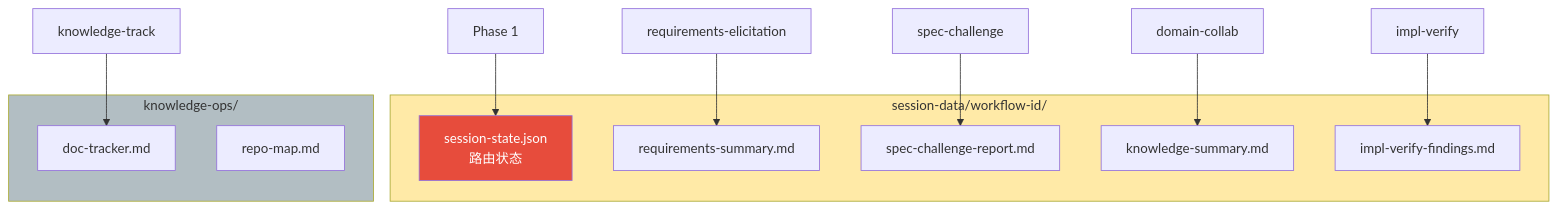
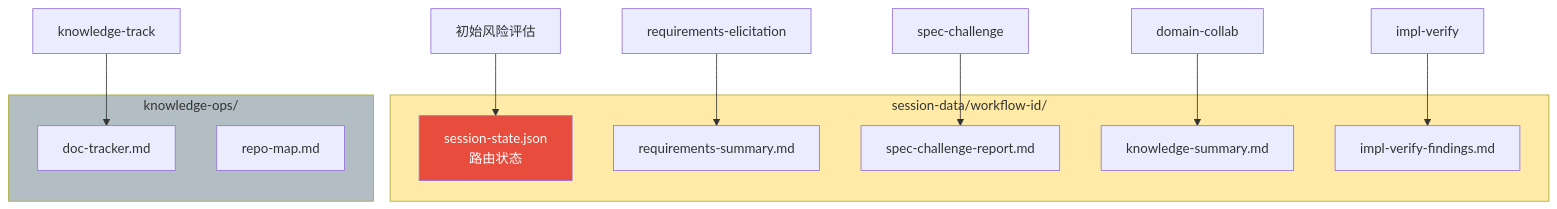
The ninth of 9 diagrams in docs/workflow-execution-flow.md (Aimeerrhythm/enterprise-change-workflow), drawn with Mermaid before and after one commit. The commit also changed other lines of this file and 44 other files, not shown here.

````diff
--- a/docs/workflow-execution-flow.md
+++ b/docs/workflow-execution-flow.md
@@ -378,26 +378,26 @@
 ```mermaid
 flowchart TD
     subgraph ARTIFACTS [session-data/workflow-id/]
         SS[session-state.json<br/>路由状态]
         RS[requirements-summary.md]
         SCR[spec-challenge-report.md]
         KS[knowledge-summary.md]
         IVF[impl-verify-findings.md]
     end
 
     subgraph KNOWLEDGE [knowledge-ops/]
         DT[doc-tracker.md]
         RM[repo-map.md]
     end
 
-    PHASE1_OUT[Phase 1] --> SS
+    PHASE1_OUT[初始风险评估] --> SS
     REQ_OUT[requirements-elicitation] --> RS
     SPEC_OUT[spec-challenge] --> SCR
     DC_OUT[domain-collab] --> KS
     IV_OUT[impl-verify] --> IVF
     KT_OUT[knowledge-track] --> DT
 
     style SS fill:#e74c3c,color:#fff
     style ARTIFACTS fill:#ffeaa7
     style KNOWLEDGE fill:#b2bec3
 ```
````
